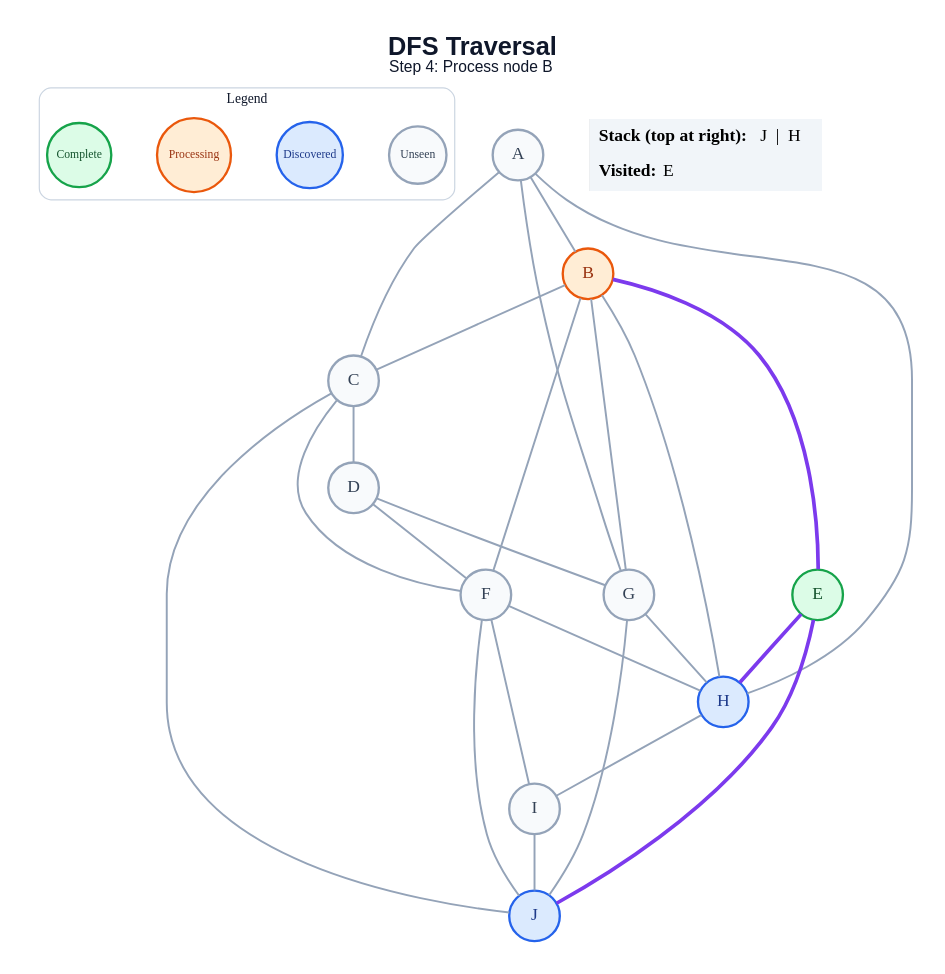
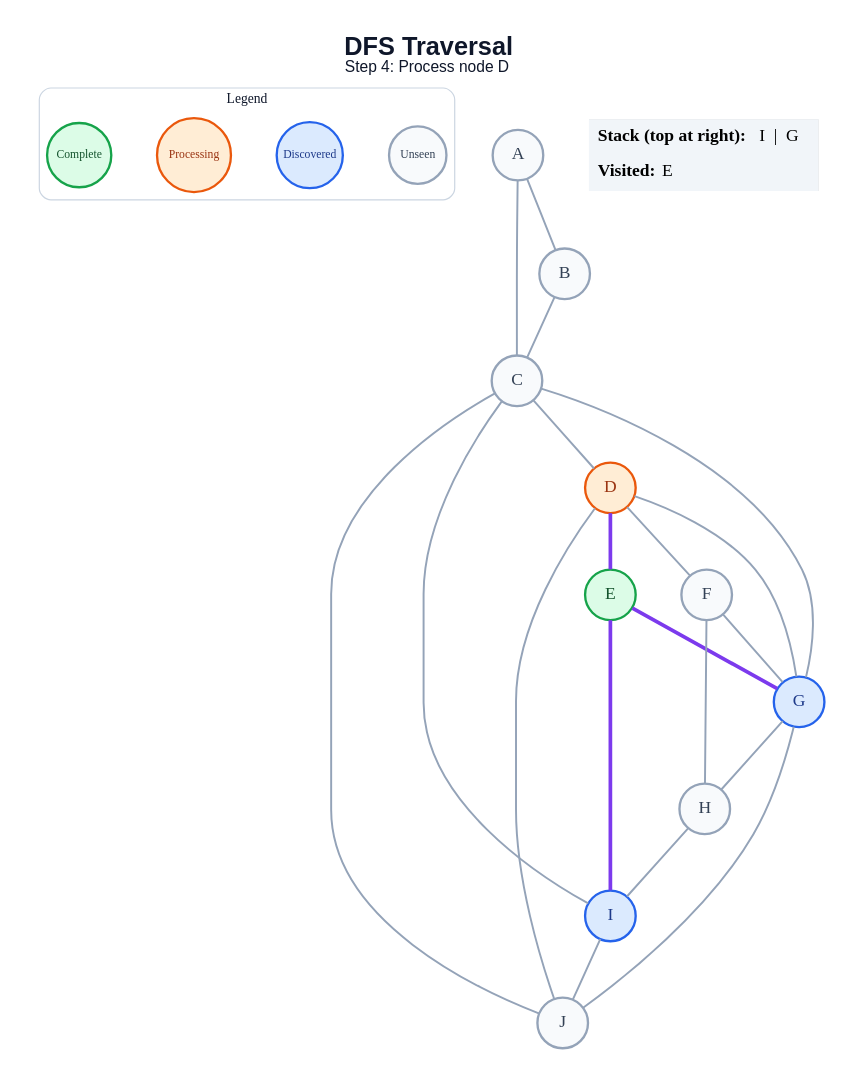
One commit to anon7238593-create/ai-slop changed the diagram in generated/specific-node/dfs/step_04.dot. Above: the diagram before and after it, drawn with Graphviz. The commit also changed 171 other files, not shown here.

```diff
--- a/generated/specific-node/dfs/step_04.dot
+++ b/generated/specific-node/dfs/step_04.dot
@@ -1,52 +1,48 @@
 graph traversal {
   graph [layout=dot, rankdir=TB, bgcolor="#FFFFFF", pad="0.35", nodesep="0.65", ranksep="0.8", fontname="Arial"];
   node [shape=circle, style="filled", fontname="Arial Bold", fontsize=18, width=0.72, fixedsize=true, penwidth=2.4];
   edge [color="#94A3B8", penwidth=2.0];
-  label=<<B>DFS Traversal</B><BR/><FONT POINT-SIZE="16">Step 4: Process node B</FONT>>; labelloc="t"; fontsize=26; fontname="Arial"; fontcolor="#0F172A";
+  label=<<B>DFS Traversal</B><BR/><FONT POINT-SIZE="16">Step 4: Process node D</FONT>>; labelloc="t"; fontsize=26; fontname="Arial"; fontcolor="#0F172A";
   subgraph cluster_legend { label="Legend"; color="#CBD5E1"; penwidth=1.2; style="rounded"; fontsize=14; fontname="Arial Bold";
     key_unseen [label="Unseen", fillcolor="#F8FAFC", color="#94A3B8", fontcolor="#334155", fontsize=12, width=0.82];
     key_frontier [label="Discovered", fillcolor="#DBEAFE", color="#2563EB", fontcolor="#1E3A8A", fontsize=12, width=0.95];
     key_current [label="Processing", fillcolor="#FFEDD5", color="#EA580C", fontcolor="#9A3412", fontsize=12, width=1.05];
     key_done [label="Complete", fillcolor="#DCFCE7", color="#16A34A", fontcolor="#14532D", fontsize=12, width=0.92];
     { rank=same; key_unseen; key_frontier; key_current; key_done; }
   }
   A [fillcolor="#F8FAFC", color="#94A3B8", fontcolor="#334155"];
-  B [fillcolor="#FFEDD5", color="#EA580C", fontcolor="#9A3412"];
+  B [fillcolor="#F8FAFC", color="#94A3B8", fontcolor="#334155"];
   C [fillcolor="#F8FAFC", color="#94A3B8", fontcolor="#334155"];
-  D [fillcolor="#F8FAFC", color="#94A3B8", fontcolor="#334155"];
+  D [fillcolor="#FFEDD5", color="#EA580C", fontcolor="#9A3412"];
   E [fillcolor="#DCFCE7", color="#16A34A", fontcolor="#14532D"];
   F [fillcolor="#F8FAFC", color="#94A3B8", fontcolor="#334155"];
-  G [fillcolor="#F8FAFC", color="#94A3B8", fontcolor="#334155"];
-  H [fillcolor="#DBEAFE", color="#2563EB", fontcolor="#1E3A8A"];
-  I [fillcolor="#F8FAFC", color="#94A3B8", fontcolor="#334155"];
-  J [fillcolor="#DBEAFE", color="#2563EB", fontcolor="#1E3A8A"];
+  G [fillcolor="#DBEAFE", color="#2563EB", fontcolor="#1E3A8A"];
+  H [fillcolor="#F8FAFC", color="#94A3B8", fontcolor="#334155"];
+  I [fillcolor="#DBEAFE", color="#2563EB", fontcolor="#1E3A8A"];
+  J [fillcolor="#F8FAFC", color="#94A3B8", fontcolor="#334155"];
   A -- B;
   A -- C;
-  A -- G;
-  A -- H;
   B -- C;
-  B -- E [color="#7C3AED", penwidth=3.8];
-  B -- F;
-  B -- G;
-  B -- H;
   C -- D;
-  C -- F;
+  C -- G;
+  C -- I;
   C -- J;
+  D -- E [color="#7C3AED", penwidth=3.8];
   D -- F;
   D -- G;
-  E -- H [color="#7C3AED", penwidth=3.8];
-  E -- J [color="#7C3AED", penwidth=3.8];
+  D -- J;
+  E -- G [color="#7C3AED", penwidth=3.8];
+  E -- I [color="#7C3AED", penwidth=3.8];
+  F -- G;
   F -- H;
-  F -- I;
-  F -- J;
   G -- H;
   G -- J;
   H -- I;
   I -- J;
   status [shape=plain, fixedsize=false, width=0, height=0, margin=0, label=<
     <TABLE BORDER="0" CELLBORDER="0" CELLPADDING="7" BGCOLOR="#F1F5F9">
-      <TR><TD ALIGN="LEFT"><B>Stack (top at right):</B> J  |  H</TD></TR>
+      <TR><TD ALIGN="LEFT"><B>Stack (top at right):</B> I  |  G</TD></TR>
       <TR><TD ALIGN="LEFT"><B>Visited:</B> E</TD></TR>
     </TABLE>
   >];
 }
```
